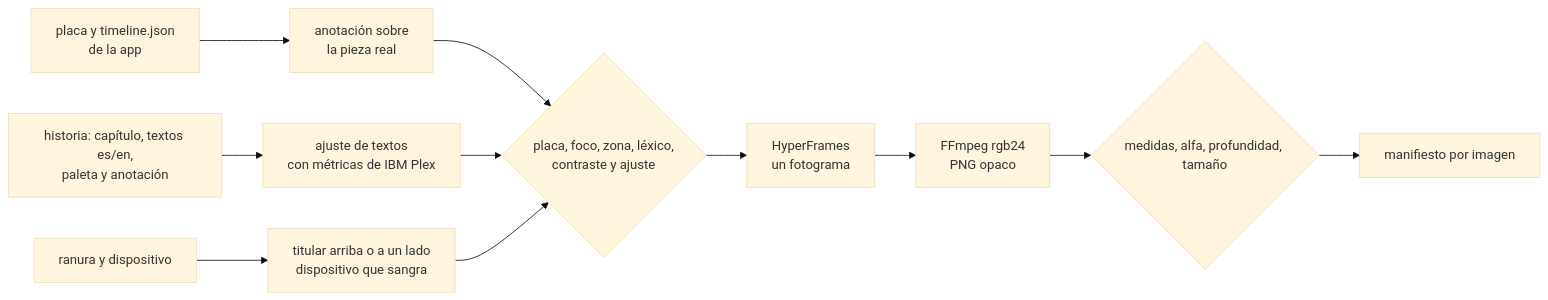
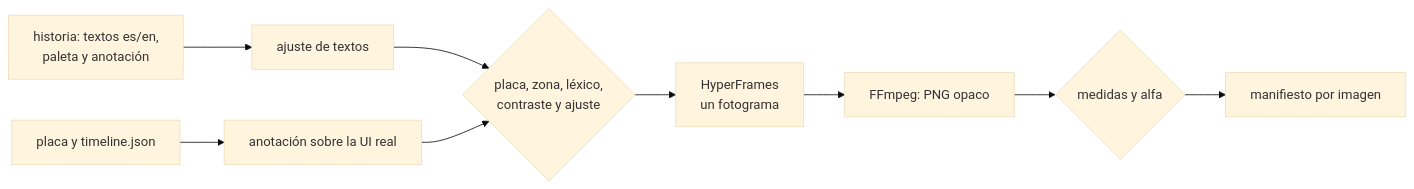
The fourth of 4 diagrams in packages/pseudolearn_store_media/README.md (cgutieco/pseudolearn), drawn with Mermaid (base theme) before and after one commit. The commit also changed other lines of this file and 14 other files, not shown here.

Commit message:
docs(README): enhance clarity and structure of architecture and operational guidelines sections

````diff
--- a/packages/pseudolearn_store_media/README.md
+++ b/packages/pseudolearn_store_media/README.md
@@ -71,12 +71,10 @@
 ```mermaid
 flowchart LR
-    story["historia: capítulo, textos es/en,<br/>paleta y anotación"] --> fit["ajuste de textos<br/>con métricas de IBM Plex"]
-    slot["ranura y dispositivo"] --> geometry["titular arriba o a un lado<br/>dispositivo que sangra"]
-    plate["placa y timeline.json<br/>de la app"] --> pin["anotación sobre<br/>la pieza real"]
-    pin --> check{"placa, foco, zona, léxico,<br/>contraste y ajuste"}
-    fit & geometry --> check
+    story["historia: textos es/en,<br/>paleta y anotación"] --> fit["ajuste de textos"]
+    plate["placa y timeline.json"] --> pin["anotación sobre la UI real"]
+    fit & pin --> check{"placa, zona, léxico,<br/>contraste y ajuste"}
     check --> still["HyperFrames<br/>un fotograma"]
-    still --> flat["FFmpeg rgb24<br/>PNG opaco"]
-    flat --> audit{"medidas, alfa, profundidad, tamaño"}
+    still --> flat["FFmpeg: PNG opaco"]
+    flat --> audit{"medidas y alfa"}
     audit --> manifest["manifiesto por imagen"]
 ```
````
